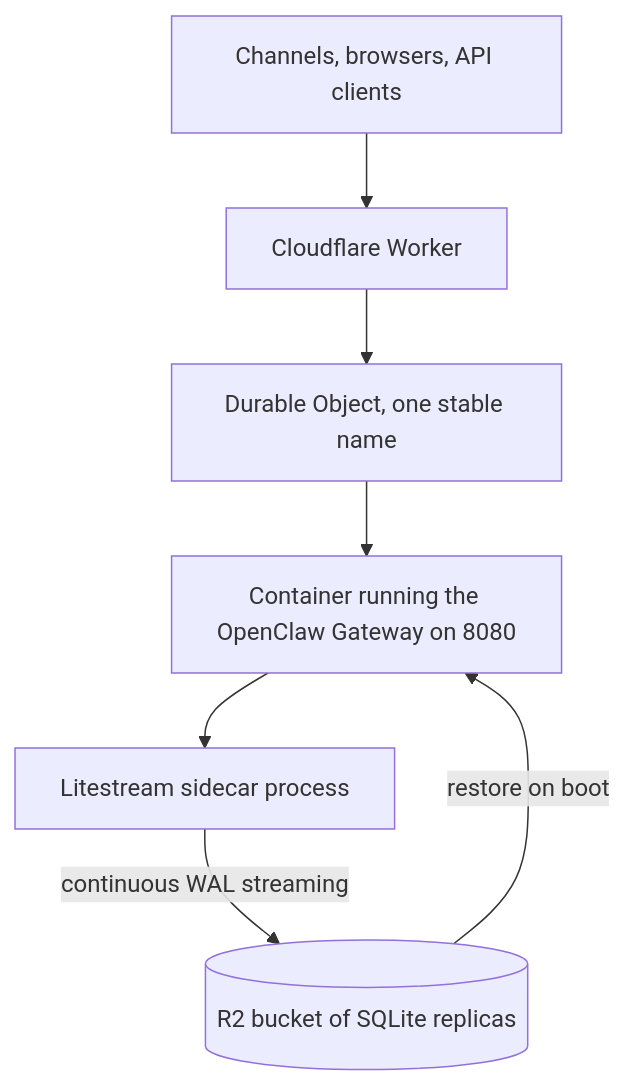
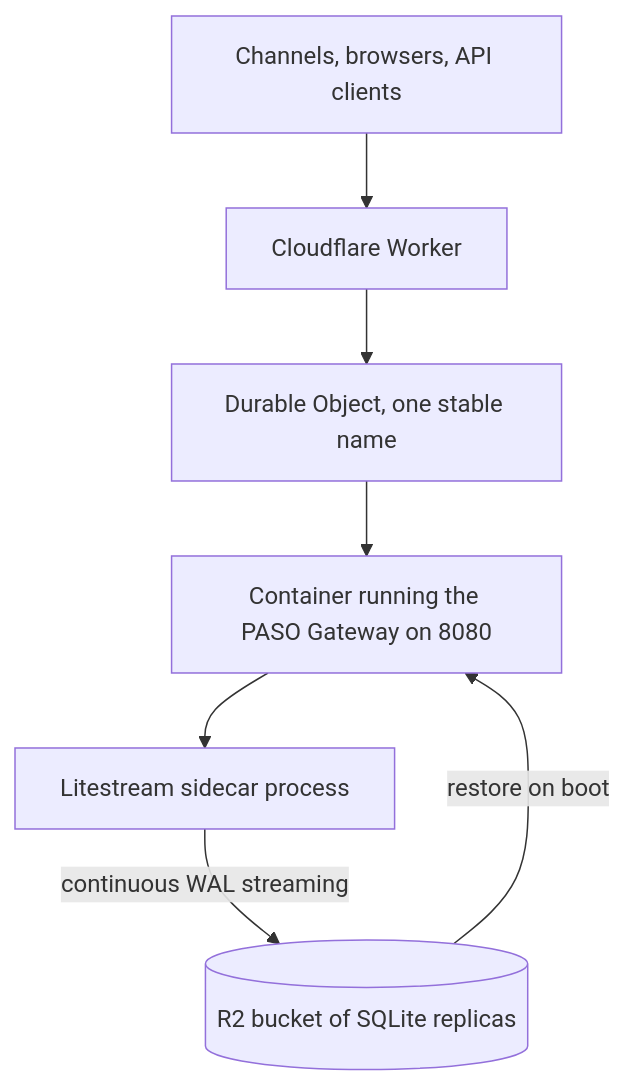
One commit to celaya-solutions/PASO-AGENT changed the diagram in docs/install/cloudflare.md. Above: the diagram before and after it, drawn with Mermaid. The commit also changed other lines of this file and 4928 other files, not shown here.

Commit message:
Rebrand OpenClaw user surfaces as PASO

````diff
--- a/docs/install/cloudflare.md
+++ b/docs/install/cloudflare.md
@@ -30,16 +30,16 @@
 ```mermaid
 flowchart TD
     client[Channels, browsers, API clients]
     worker[Cloudflare Worker]
     durable[Durable Object, one stable name]
-    container[Container running the OpenClaw Gateway on 8080]
+    container[Container running the PASO Gateway on 8080]
     litestream[Litestream sidecar process]
     r2[(R2 bucket of SQLite replicas)]
 
     client --> worker
     worker --> durable
     durable --> container
     container --> litestream
     litestream -- continuous WAL streaming --> r2
     r2 -- restore on boot --> container
 ```
````
